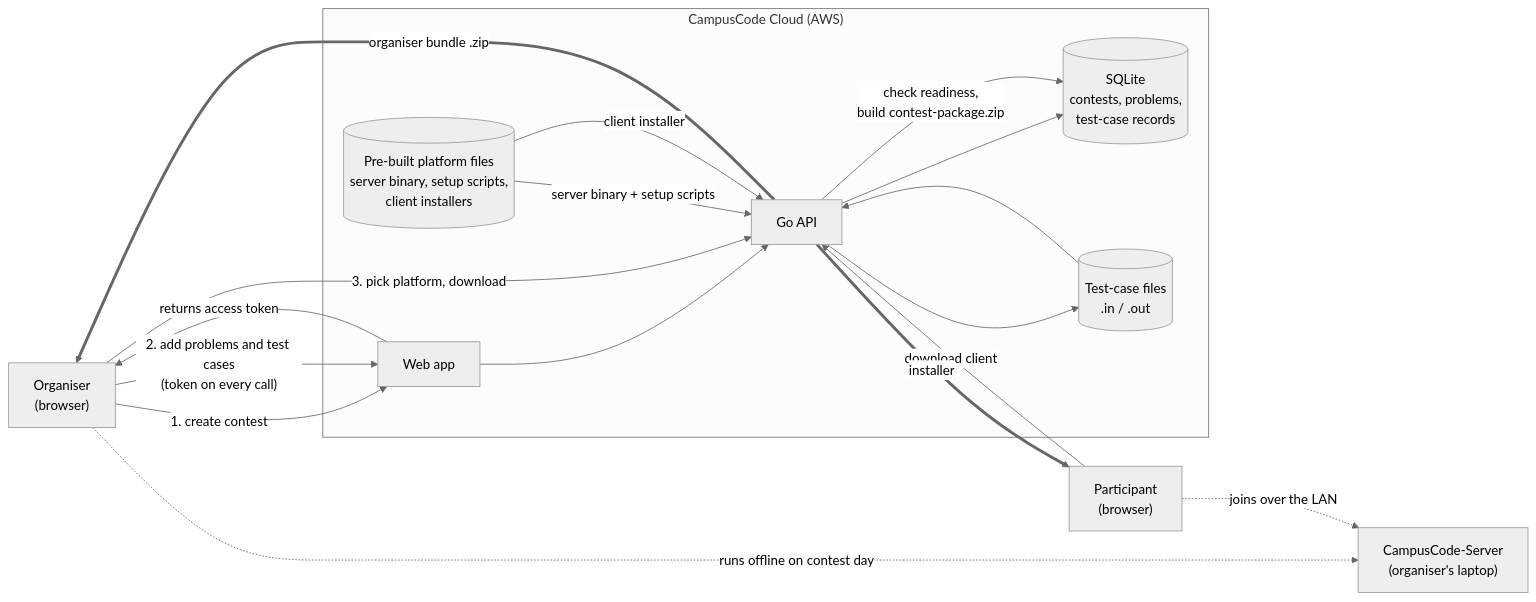
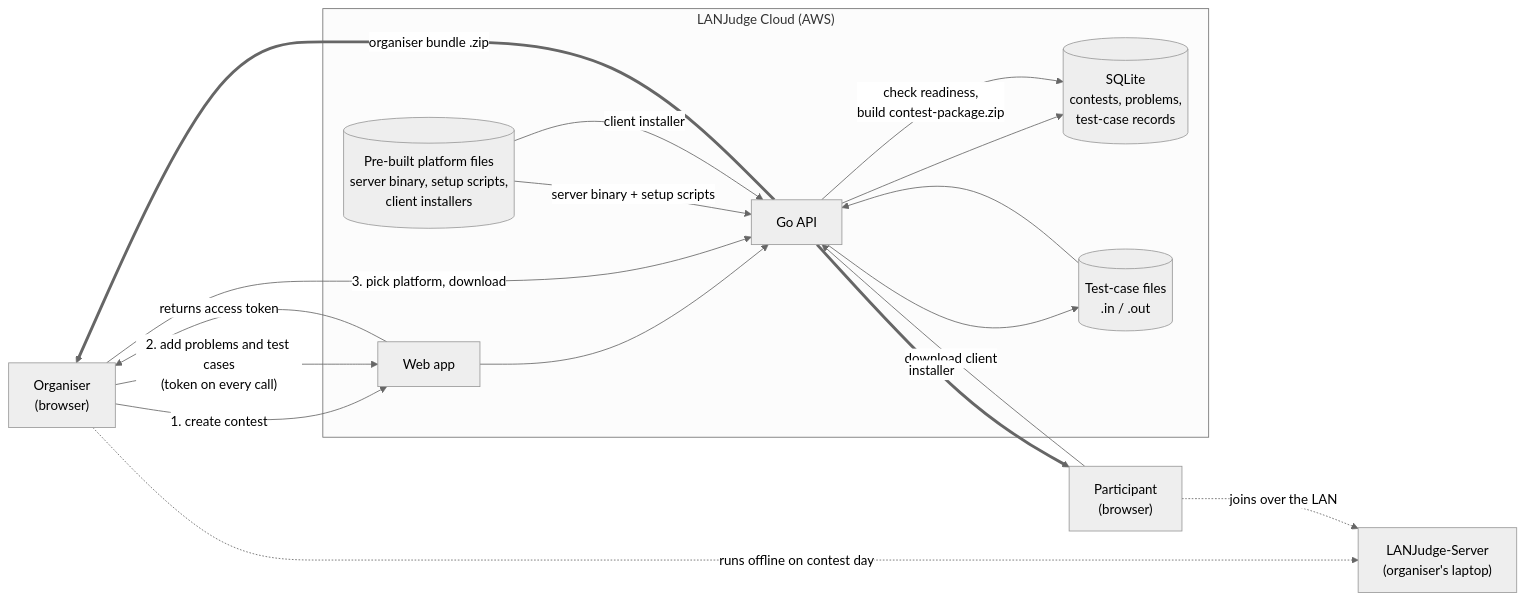
One commit to Vivek-CSmajor/LANJudge-Cloud changed the diagram in README.md. Above: the diagram before and after it, drawn with Mermaid (neutral theme). The commit also changed other lines of this file and 18 other files, not shown here.

Commit message:
Rename project from CampusCode to LANJudge

````diff
--- a/README.md
+++ b/README.md
@@ -31,33 +31,33 @@
 ```mermaid
 flowchart LR
     Org["Organiser<br/>(browser)"]
     Part["Participant<br/>(browser)"]
 
-    subgraph Cloud["CampusCode Cloud (AWS)"]
+    subgraph Cloud["LANJudge Cloud (AWS)"]
         UI["Web app"]
         API["Go API"]
         DB[("SQLite<br/>contests, problems,<br/>test-case records")]
         Files[("Test-case files<br/>.in / .out")]
         Bundles[("Pre-built platform files<br/>server binary, setup scripts,<br/>client installers")]
     end
 
     Org -->|"1. create contest"| UI
     UI -->|"returns access token"| Org
     Org -->|"2. add problems and test cases<br/>(token on every call)"| UI
     UI --> API
     API --> DB
     API --> Files
 
     Org -->|"3. pick platform, download"| API
     API -->|"check readiness,<br/>build contest-package.zip"| DB
     Files --> API
     Bundles -->|"server binary + setup scripts"| API
     API ==>|"organiser bundle .zip"| Org
 
     Part -->|"download client"| API
     Bundles -->|"client installer"| API
     API ==>|"installer"| Part
 
-    Org -.->|"runs offline on contest day"| Server["CampusCode-Server<br/>(organiser's laptop)"]
+    Org -.->|"runs offline on contest day"| Server["LANJudge-Server<br/>(organiser's laptop)"]
     Part -.->|"joins over the LAN"| Server
 ```
````
